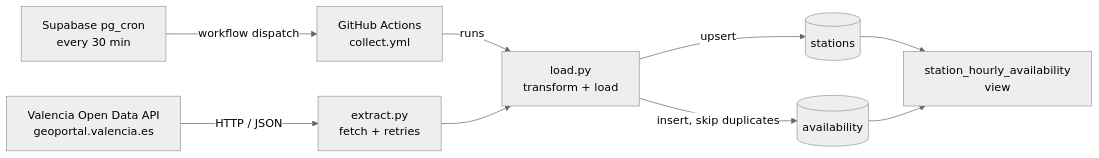
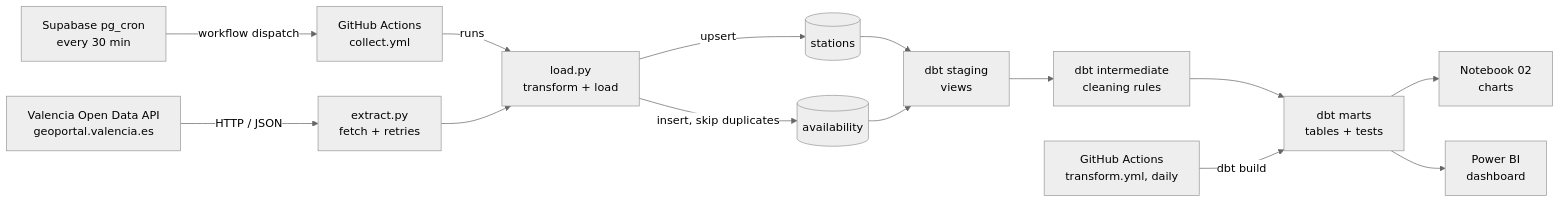
Before and after one commit to daniv14-hub/valenbisi-pipeline: the diagram in README.md, drawn with Mermaid (neutral theme). The commit also changed other lines of this file and 7 other files, not shown here.

Commit message:
Add final analysis, charts and November outage report

````diff
--- a/README.md
+++ b/README.md
@@ -11,11 +13,16 @@
 ```mermaid
 flowchart LR
     G[Supabase pg_cron<br/>every 30 min] -->|workflow dispatch| F[GitHub Actions<br/>collect.yml]
     F -->|runs| C
     A[Valencia Open Data API<br/>geoportal.valencia.es] -->|HTTP / JSON| B[extract.py<br/>fetch + retries]
     B --> C[load.py<br/>transform + load]
     C -->|upsert| D[(stations)]
     C -->|insert, skip duplicates| E[(availability)]
-    D --> V[station_hourly_availability<br/>view]
-    E --> V
+    D --> S[dbt staging<br/>views]
+    E --> S
+    S --> I[dbt intermediate<br/>cleaning rules]
+    I --> M[dbt marts<br/>tables + tests]
+    H[GitHub Actions<br/>transform.yml, daily] -->|dbt build| M
+    M --> N[Notebook 02<br/>charts]
+    M --> P[Power BI<br/>dashboard]
 ```
````
